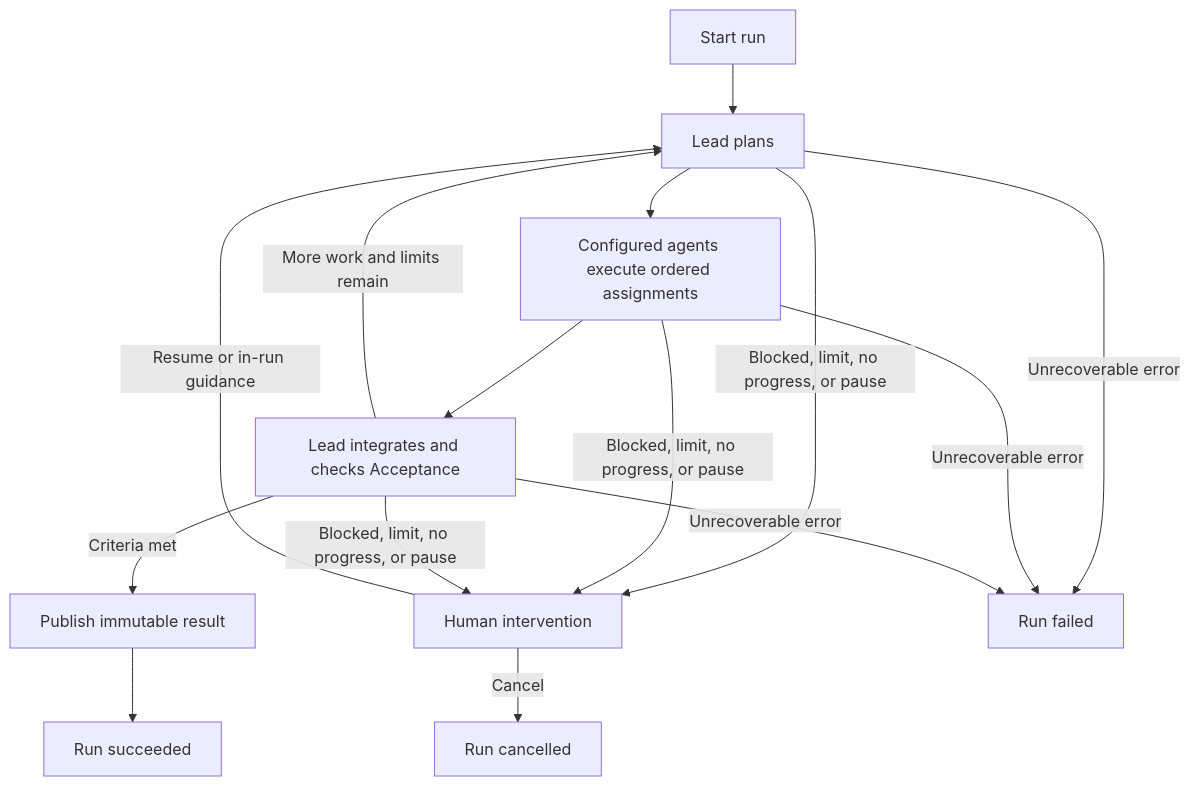
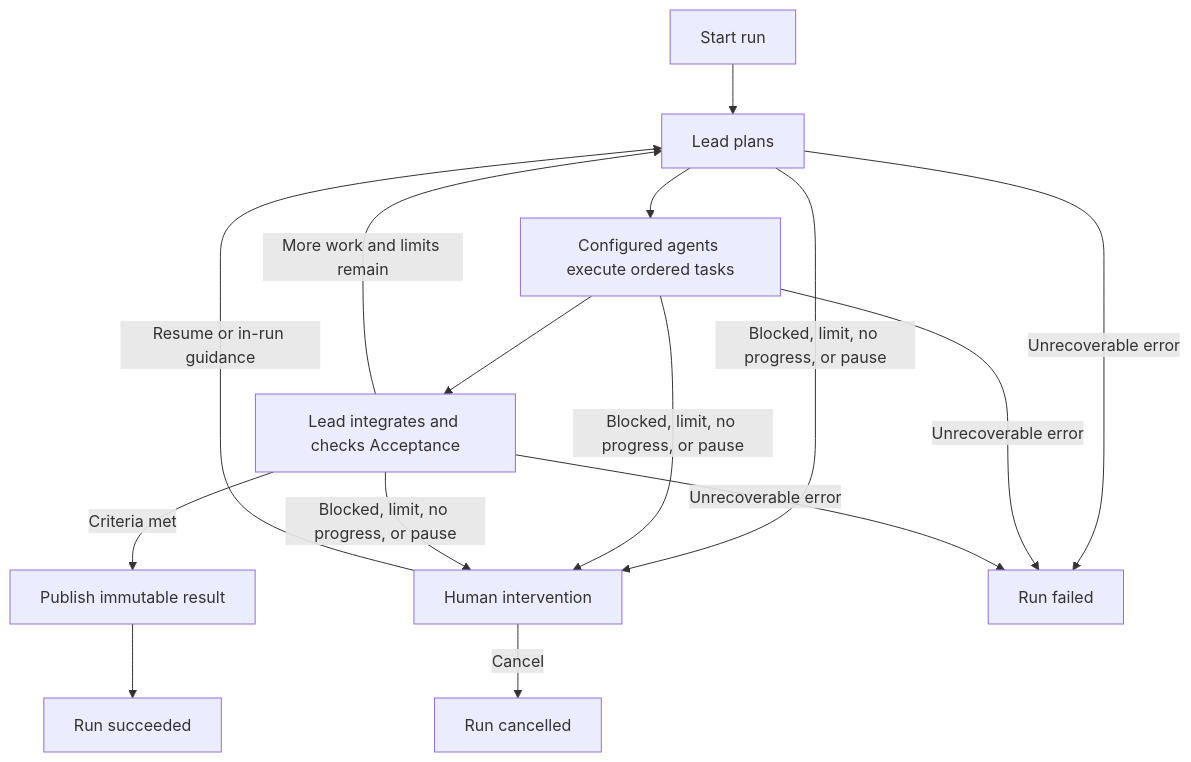
The third of 6 diagrams in docs/superpowers/specs/2026-07-17-workspace-module-design.md (dryotta/open-knowledge-hub), drawn with Mermaid before and after one commit. The commit also changed other lines of this file, not shown here.

````diff
--- a/docs/superpowers/specs/2026-07-17-workspace-module-design.md
+++ b/docs/superpowers/specs/2026-07-17-workspace-module-design.md
@@ -308,19 +308,19 @@
 ```mermaid
 flowchart TD
     S[Start run] --> P[Lead plans]
-    P --> W[Configured agents execute ordered assignments]
+    P --> W[Configured agents execute ordered tasks]
     W --> I[Lead integrates and checks Acceptance]
     I -->|Criteria met| U[Publish immutable result]
     U --> D[Run succeeded]
     I -->|More work and limits remain| P
 
     P -->|Blocked, limit, no progress, or pause| H[Human intervention]
     W -->|Blocked, limit, no progress, or pause| H
     I -->|Blocked, limit, no progress, or pause| H
     H -->|Resume or in-run guidance| P
     H -->|Cancel| X[Run cancelled]
 
     P -->|Unrecoverable error| F[Run failed]
     W -->|Unrecoverable error| F
     I -->|Unrecoverable error| F
 ```
````
